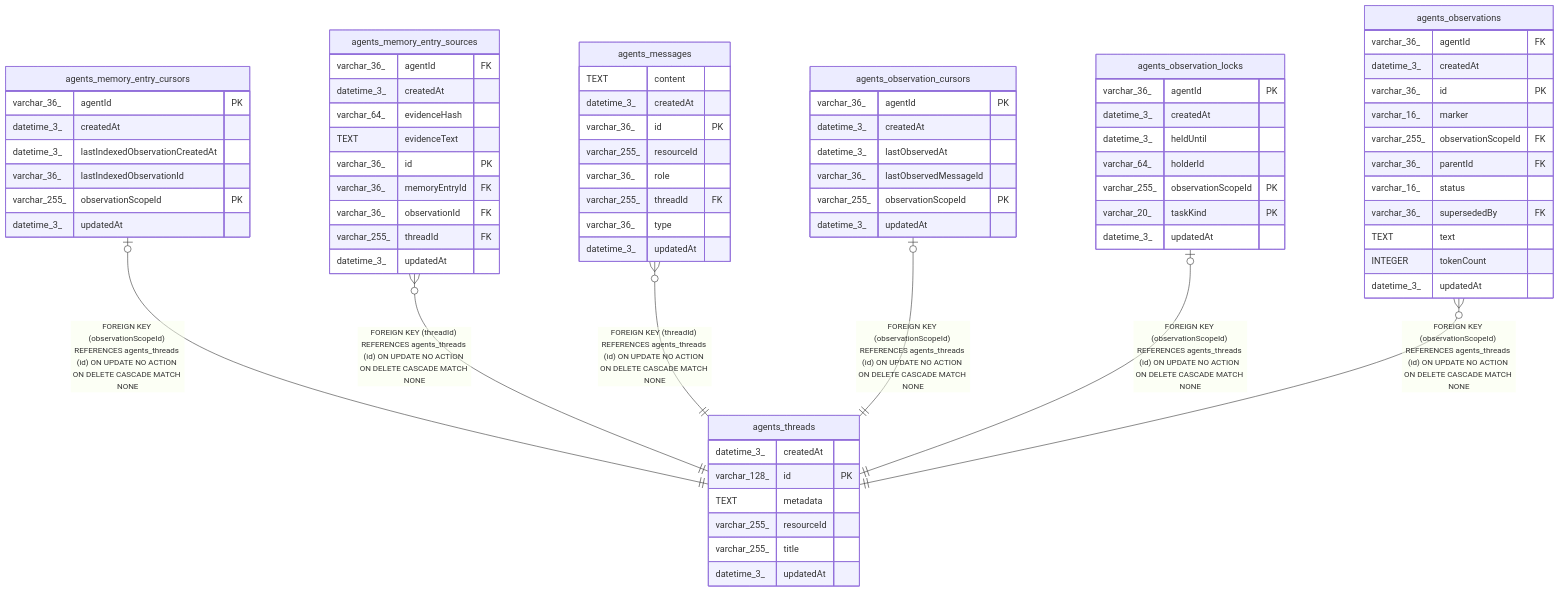
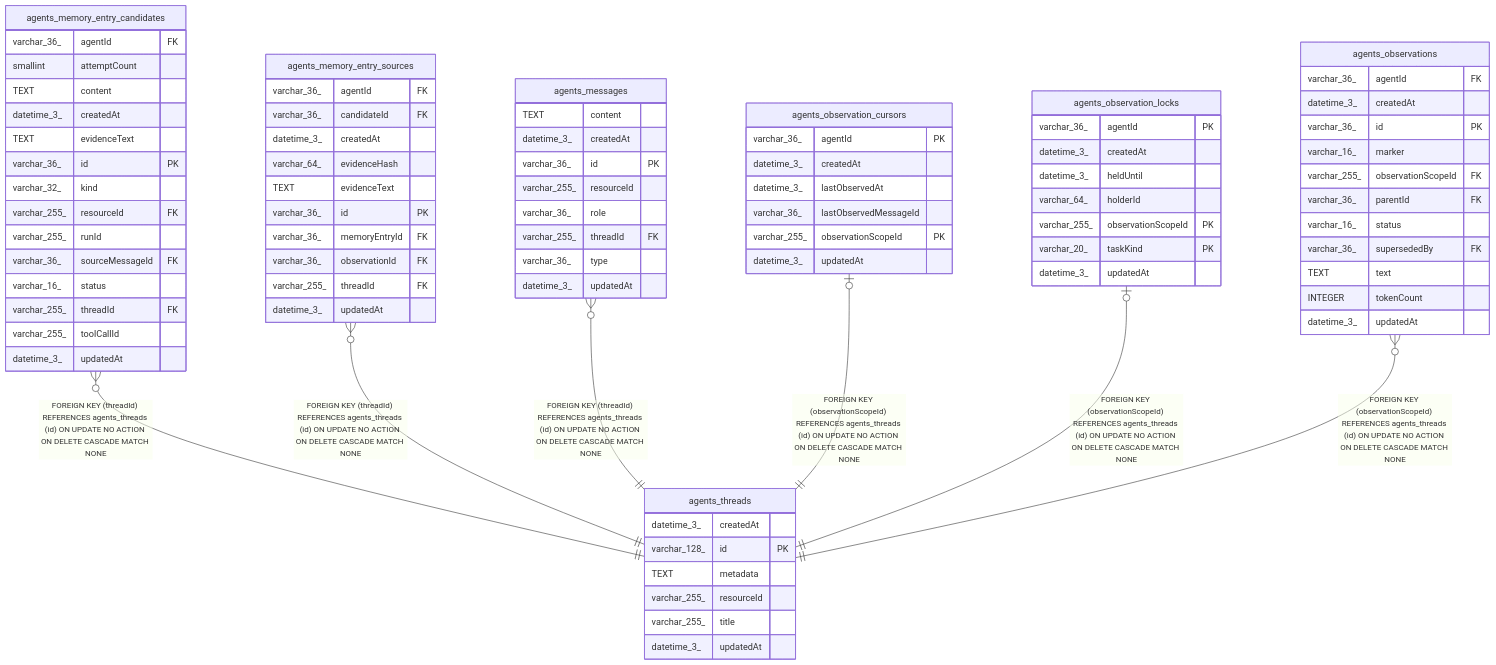
One commit to Tanishq-1/all-global-plugin changed the diagram in universal-plugin/backend/oss/n8n/docs/generated/sqlite-schema/agents_threads.md. Above: the diagram before and after it, drawn with Mermaid. The commit also changed other lines of this file and 3199 other files, not shown here.

````diff
--- a/universal-plugin/backend/oss/n8n/docs/generated/sqlite-schema/agents_threads.md
+++ b/universal-plugin/backend/oss/n8n/docs/generated/sqlite-schema/agents_threads.md
@@ -41,7 +41,7 @@
 ```mermaid
 erDiagram
 
-"agents_memory_entry_cursors" |o--|| "agents_threads" : "FOREIGN KEY (observationScopeId) REFERENCES agents_threads (id) ON UPDATE NO ACTION ON DELETE CASCADE MATCH NONE"
+"agents_memory_entry_candidates" }o--|| "agents_threads" : "FOREIGN KEY (threadId) REFERENCES agents_threads (id) ON UPDATE NO ACTION ON DELETE CASCADE MATCH NONE"
 "agents_memory_entry_sources" }o--|| "agents_threads" : "FOREIGN KEY (threadId) REFERENCES agents_threads (id) ON UPDATE NO ACTION ON DELETE CASCADE MATCH NONE"
 "agents_messages" }o--|| "agents_threads" : "FOREIGN KEY (threadId) REFERENCES agents_threads (id) ON UPDATE NO ACTION ON DELETE CASCADE MATCH NONE"
 "agents_observation_cursors" |o--|| "agents_threads" : "FOREIGN KEY (observationScopeId) REFERENCES agents_threads (id) ON UPDATE NO ACTION ON DELETE CASCADE MATCH NONE"
@@ -56,16 +56,25 @@
   varchar_255_ title
   datetime_3_ updatedAt
 }
-"agents_memory_entry_cursors" {
-  varchar_36_ agentId PK
+"agents_memory_entry_candidates" {
+  varchar_36_ agentId FK
+  smallint attemptCount
+  TEXT content
   datetime_3_ createdAt
-  datetime_3_ lastIndexedObservationCreatedAt
-  varchar_36_ lastIndexedObservationId
-  varchar_255_ observationScopeId PK
+  TEXT evidenceText
+  varchar_36_ id PK
+  varchar_32_ kind
+  varchar_255_ resourceId FK
+  varchar_255_ runId
+  varchar_36_ sourceMessageId FK
+  varchar_16_ status
+  varchar_255_ threadId FK
+  varchar_255_ toolCallId
   datetime_3_ updatedAt
 }
 "agents_memory_entry_sources" {
   varchar_36_ agentId FK
+  varchar_36_ candidateId FK
   datetime_3_ createdAt
   varchar_64_ evidenceHash
   TEXT evidenceText
````
